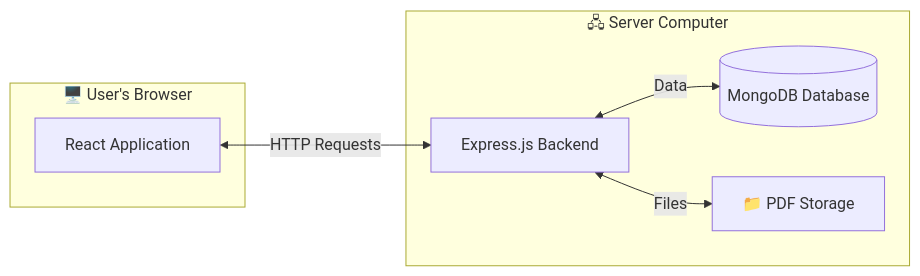
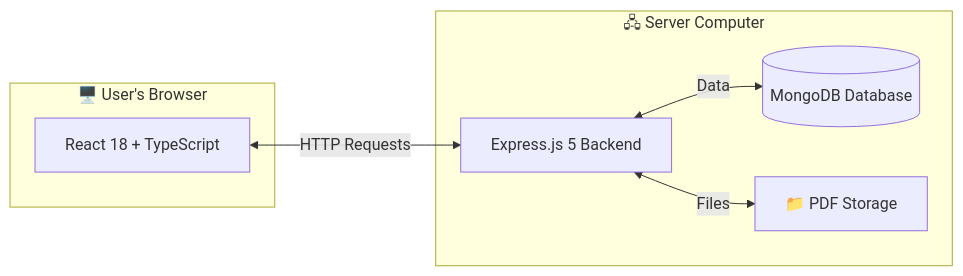
One commit to RjDurin04/cvnhs_electronic_research_library changed the second of 3 diagrams in DOCUMENTATION.md. Above: the diagram before and after it, drawn with Mermaid. The commit also changed other lines of this file and 5 other files, not shown here.

````diff
--- a/DOCUMENTATION.md
+++ b/DOCUMENTATION.md
@@ -77,16 +99,16 @@
 ```mermaid
 flowchart LR
     subgraph Client["🖥️ User's Browser"]
-        React["React Application"]
+        React["React 18 + TypeScript"]
     end
     
     subgraph Server["🖧 Server Computer"]
-        Express["Express.js Backend"]
+        Express["Express.js 5 Backend"]
         MongoDB[("MongoDB Database")]
         PDFs["📁 PDF Storage"]
     end
     
     React <-->|HTTP Requests| Express
     Express <-->|Data| MongoDB
     Express <-->|Files| PDFs
 ```
````
